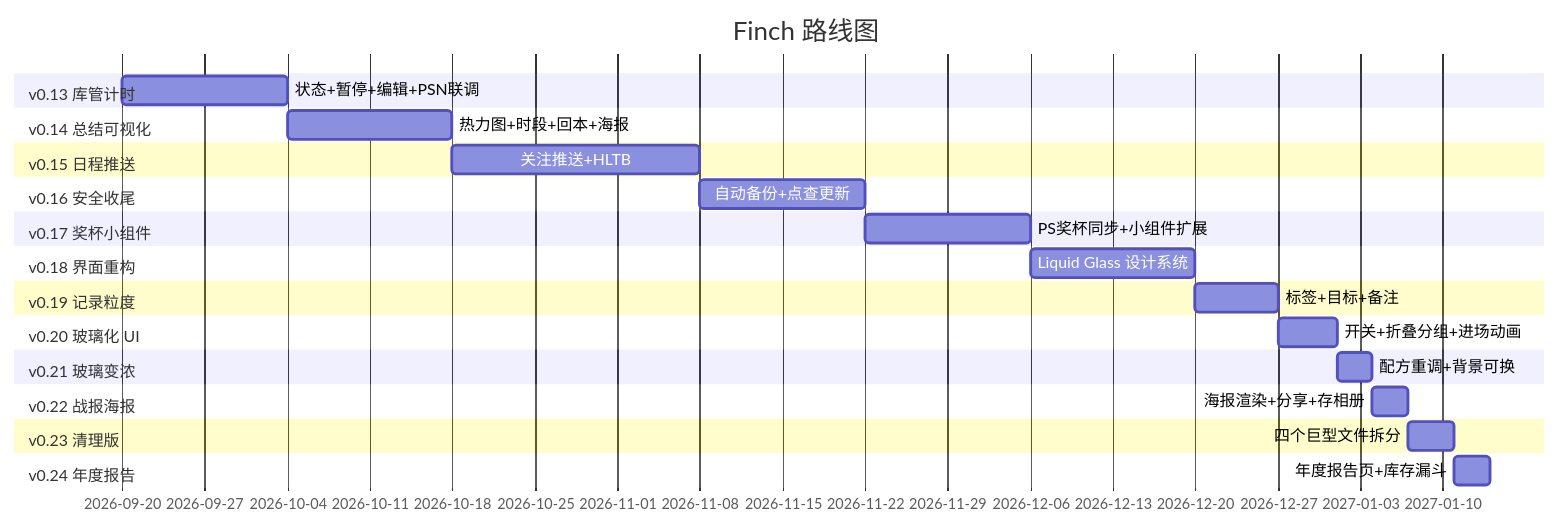
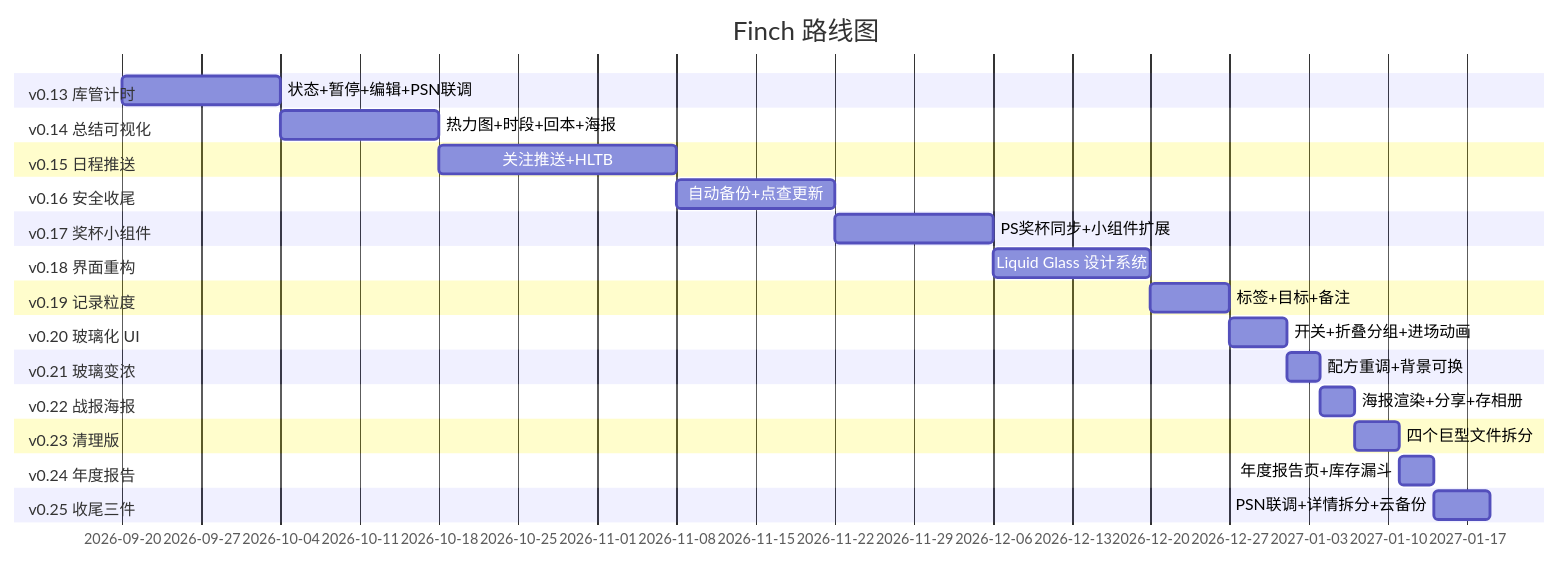
One commit to NeneRobo32/Finch changed the diagram in ROADMAP.md. Above: the diagram before and after it, drawn with Mermaid. The commit also changed other lines of this file and 17 other files, not shown here.

````diff
--- a/ROADMAP.md
+++ b/ROADMAP.md
@@ -52,29 +53,31 @@
 ```mermaid
 gantt
     title Finch 路线图
     dateFormat  YYYY-MM-DD
     section v0.13 库管计时
     状态+暂停+编辑+PSN联调       :a1, 2026-09-20, 14d
     section v0.14 总结可视化
     热力图+时段+回本+海报        :a2, after a1, 14d
     section v0.15 日程推送
     关注推送+HLTB               :a3, after a2, 21d
     section v0.16 安全收尾
     自动备份+点查更新           :a4, after a3, 14d
     section v0.17 奖杯小组件
     PS奖杯同步+小组件扩展        :a5, after a4, 14d
     section v0.18 界面重构
     Liquid Glass 设计系统        :a6, after a5, 14d
     section v0.19 记录粒度
     标签+目标+备注               :a7, after a6, 7d
     section v0.20 玻璃化 UI
     开关+折叠分组+进场动画       :a8, after a7, 5d
     section v0.21 玻璃变浓
     配方重调+背景可换            :a9, after a8, 3d
     section v0.22 战报海报
     海报渲染+分享+存相册         :a10, after a9, 3d
     section v0.23 清理版
     四个巨型文件拆分             :a11, after a10, 4d
     section v0.24 年度报告
     年度报告页+库存漏斗          :a12, after a11, 3d
+    section v0.25 收尾三件
+    PSN联调+详情拆分+云备份      :a13, after a12, 5d
 ```
````
